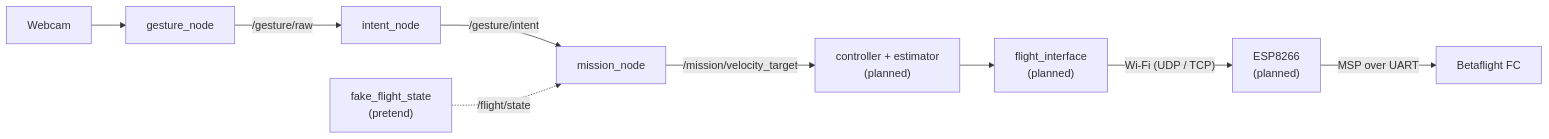
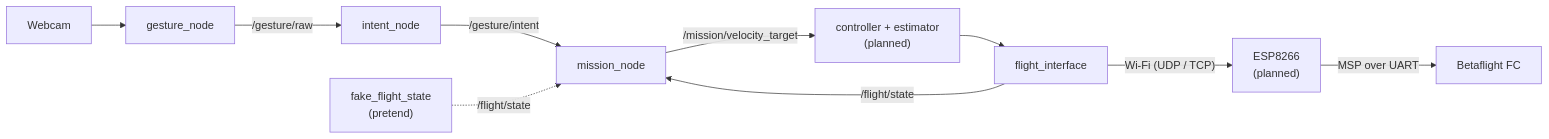
One commit to SEAME-pt/SEA-ME_Team1_ROSRangers changed the diagram in docs/PraticalPlan/06 Gestures/00 Gesture Pipeline.md. Above: the diagram before and after it, drawn with Mermaid. The commit also changed other lines of this file and 130 other files, not shown here.

First line of the commit message:
Move ground components into src/<component>/ and containerize flight_interface (#186 part 1) (#211)

````diff
--- a/docs/PraticalPlan/06 Gestures/00 Gesture Pipeline.md
+++ b/docs/PraticalPlan/06 Gestures/00 Gesture Pipeline.md
@@ -30,11 +30,12 @@
 ```mermaid
 flowchart LR
   W[Webcam] --> R[gesture_node]
   R -->|"/gesture/raw"| G[intent_node]
   G -->|"/gesture/intent"| M[mission_node]
+  FI -->|"/flight/state"| M
   FFS["fake_flight_state<br/>(pretend)"] -.->|"/flight/state"| M
   M -->|"/mission/velocity_target"| C["controller + estimator<br/>(planned)"]
-  C --> FI["flight_interface<br/>(planned)"]
+  C --> FI[flight_interface]
   FI -->|"Wi-Fi (UDP / TCP)"| E["ESP8266<br/>(planned)"]
   E -->|"MSP over UART"| FC[Betaflight FC]
 ```
````
